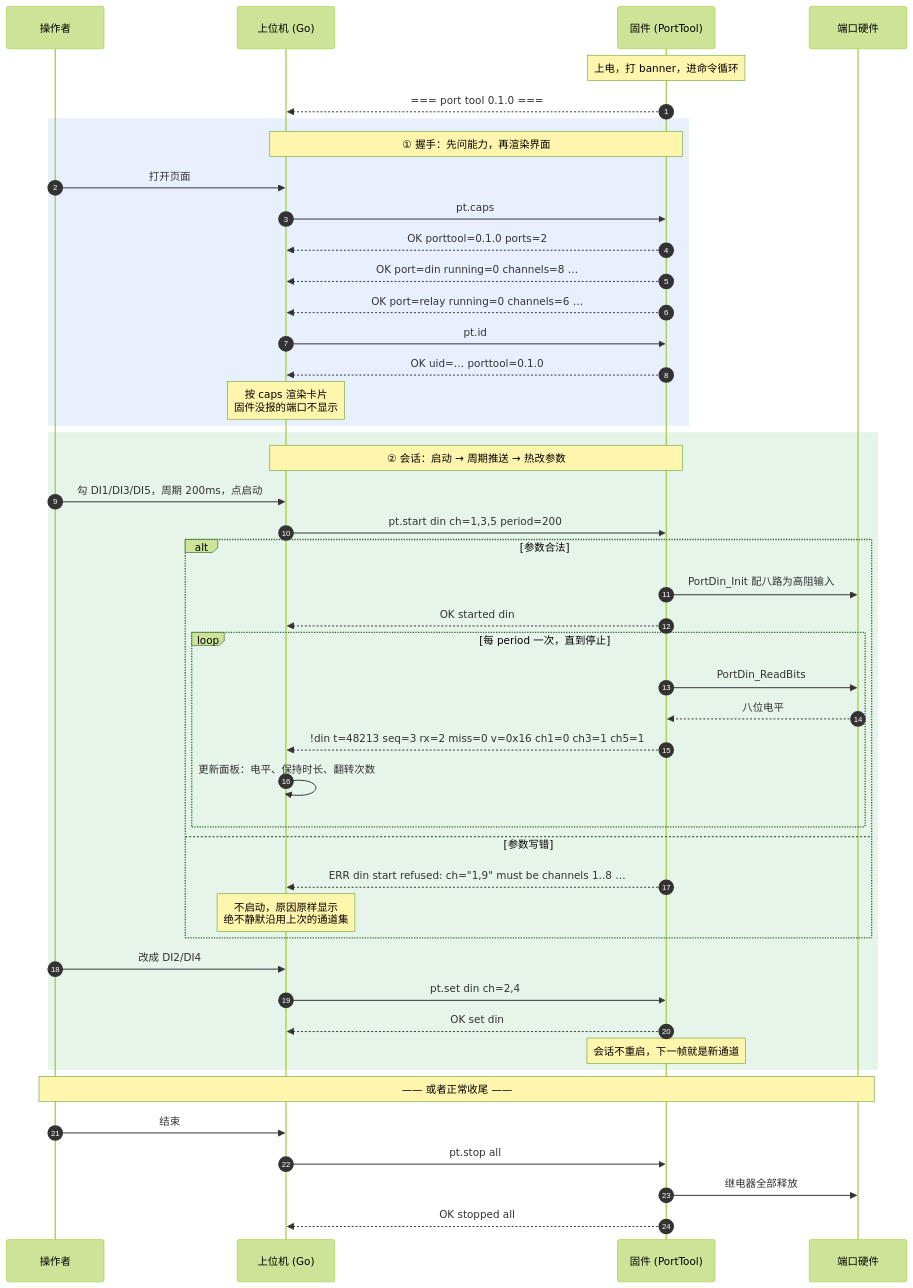
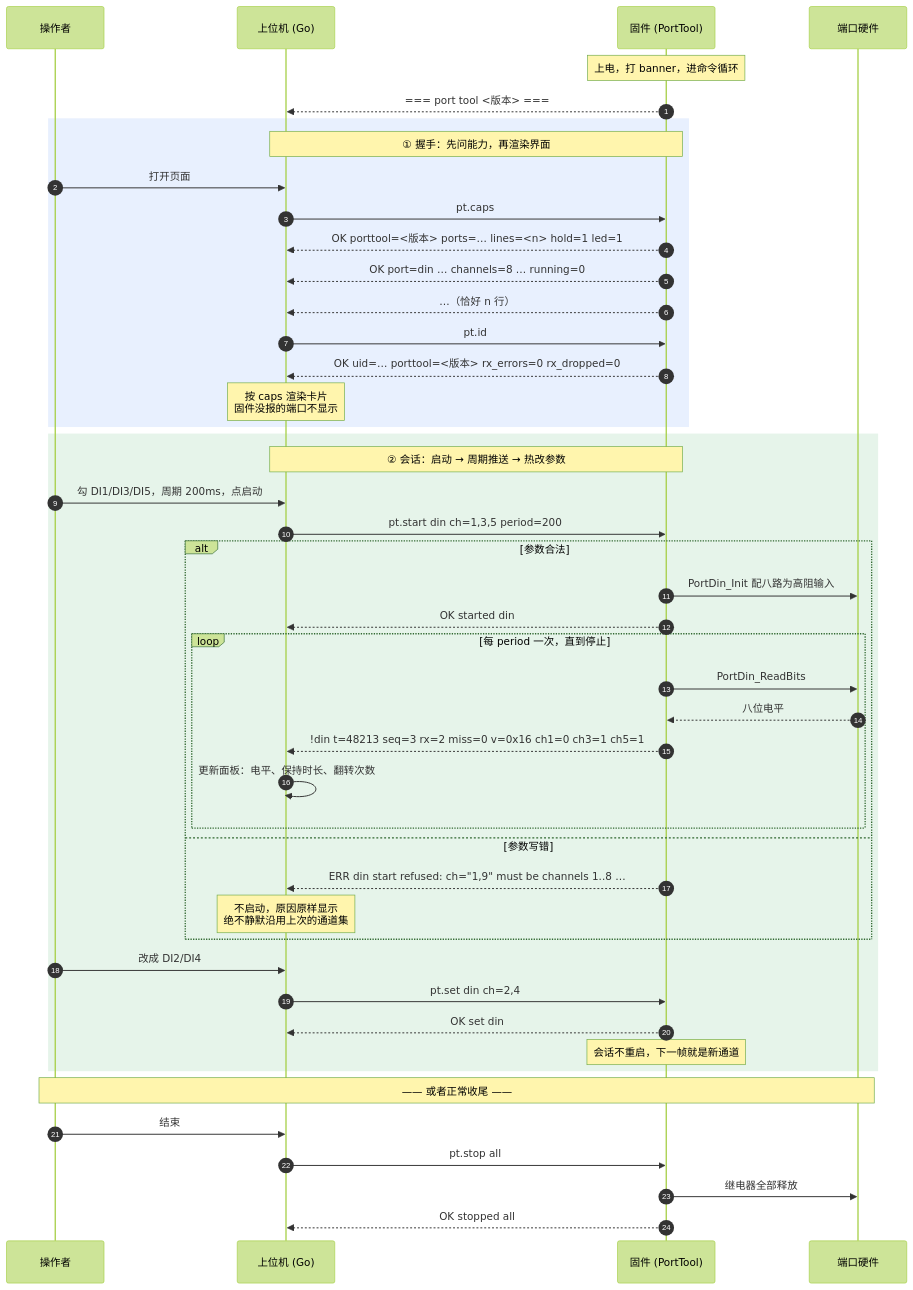
One commit to OpenPLCs/OpenPLC_Instruction changed the second of 8 diagrams in docs/modules/M4/PORTTOOL-FLOW.md. Above: the diagram before and after it, drawn with Mermaid (forest theme). The commit also changed other lines of this file and 33 other files, not shown here.

````diff
--- a/docs/modules/M4/PORTTOOL-FLOW.md
+++ b/docs/modules/M4/PORTTOOL-FLOW.md
@@ -388,53 +394,53 @@
 ```mermaid
 sequenceDiagram
     autonumber
     participant U as 操作者
     participant PC as 上位机 (Go)
     participant FW as 固件 (PortTool)
     participant HW as 端口硬件
 
     Note over FW: 上电，打 banner，进命令循环
-    FW-->>PC: === port tool 0.1.0 ===
+    FW-->>PC: === port tool <版本> ===
 
     rect rgb(232, 240, 254)
     Note over PC,FW: ① 握手：先问能力，再渲染界面
     U->>PC: 打开页面
     PC->>FW: pt.caps
-    FW-->>PC: OK porttool=0.1.0 ports=2
-    FW-->>PC: OK port=din running=0 channels=8 …
-    FW-->>PC: OK port=relay running=0 channels=6 …
+    FW-->>PC: OK porttool=<版本> ports=… lines=<n> hold=1 led=1
+    FW-->>PC: OK port=din … channels=8 … running=0
+    FW-->>PC: …（恰好 n 行）
     PC->>FW: pt.id
-    FW-->>PC: OK uid=… porttool=0.1.0
+    FW-->>PC: OK uid=… porttool=<版本> rx_errors=0 rx_dropped=0
     Note over PC: 按 caps 渲染卡片<br/>固件没报的端口不显示
     end
 
     rect rgb(230, 244, 234)
     Note over PC,FW: ② 会话：启动 → 周期推送 → 热改参数
     U->>PC: 勾 DI1/DI3/DI5，周期 200ms，点启动
     PC->>FW: pt.start din ch=1,3,5 period=200
     alt 参数合法
         FW->>HW: PortDin_Init 配八路为高阻输入
         FW-->>PC: OK started din
         loop 每 period 一次，直到停止
             FW->>HW: PortDin_ReadBits
             HW-->>FW: 八位电平
             FW-->>PC: !din t=48213 seq=3 rx=2 miss=0 v=0x16 ch1=0 ch3=1 ch5=1
             PC->>PC: 更新面板：电平、保持时长、翻转次数
         end
     else 参数写错
         FW-->>PC: ERR din start refused: ch="1,9" must be channels 1..8 …
         Note over PC: 不启动，原因原样显示<br/>绝不静默沿用上次的通道集
     end
 
     U->>PC: 改成 DI2/DI4
     PC->>FW: pt.set din ch=2,4
     FW-->>PC: OK set din
     Note over FW: 会话不重启，下一帧就是新通道
     end
 
     Note over U,HW: —— 或者正常收尾 ——
     U->>PC: 结束
     PC->>FW: pt.stop all
     FW->>HW: 继电器全部释放
     FW-->>PC: OK stopped all
 ```
````
